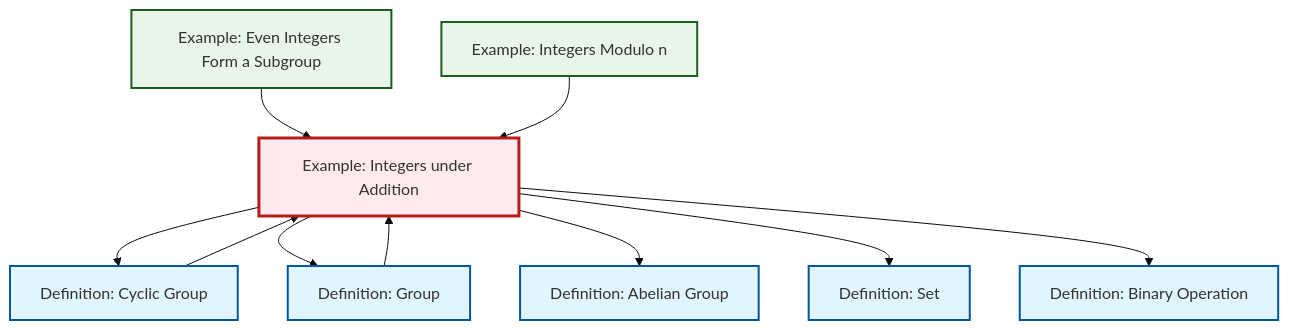
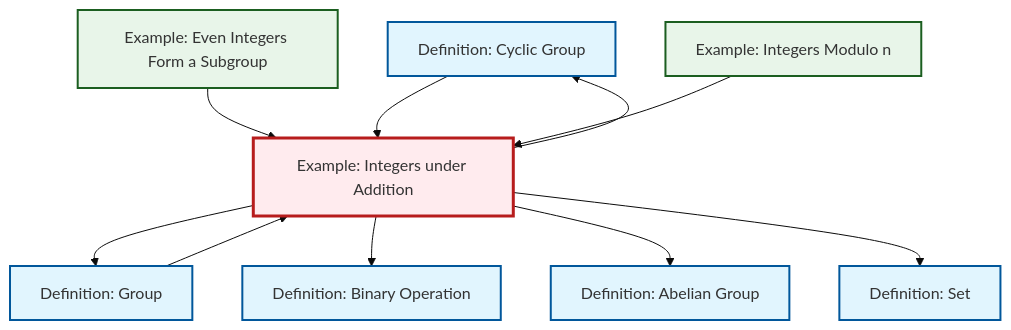
Before and after one commit to RK0429/ModernMath: the diagram in content/en/algebra/ex-integers-addition.qmd, drawn with Mermaid (base theme). The commit also changed other lines of this file and 531 other files, not shown here.

````diff
--- a/content/en/algebra/ex-integers-addition.qmd
+++ b/content/en/algebra/ex-integers-addition.qmd
@@ -73,34 +73,34 @@
 ```{mermaid}
 %%| fig-cap: "Local dependency graph"
 graph TD
     classDef definition fill:#e1f5fe,stroke:#01579b,stroke-width:2px
     classDef theorem fill:#f3e5f5,stroke:#4a148c,stroke-width:2px
     classDef axiom fill:#fff3e0,stroke:#e65100,stroke-width:2px
     classDef example fill:#e8f5e9,stroke:#1b5e20,stroke-width:2px
     classDef current fill:#ffebee,stroke:#b71c1c,stroke-width:3px
+    def-abelian-group["Definition: Abelian Group"]:::definition
+    def-cyclic-group["Definition: Cyclic Group"]:::definition
+    def-set["Definition: Set"]:::definition
+    def-group["Definition: Group"]:::definition
     ex-quotient-integers-mod-n["Example: Integers Modulo n"]:::example
-    def-set["Definition: Set"]:::definition
-    def-cyclic-group["Definition: Cyclic Group"]:::definition
+    ex-integers-addition["Example: Integers under Addition"]:::example
+    ex-even-integers-subgroup["Example: Even Integers Form a Subgroup"]:::example
     def-binary-operation["Definition: Binary Operation"]:::definition
-    def-group["Definition: Group"]:::definition
-    ex-integers-addition["Example: Integers under Addition"]:::example
-    def-abelian-group["Definition: Abelian Group"]:::definition
-    ex-even-integers-subgroup["Example: Even Integers Form a Subgroup"]:::example
-    ex-integers-addition --> def-cyclic-group
+    ex-even-integers-subgroup --> ex-integers-addition
     ex-integers-addition --> def-group
-    ex-integers-addition --> def-abelian-group
-    def-cyclic-group --> ex-integers-addition
-    ex-integers-addition --> def-set
-    ex-even-integers-subgroup --> ex-integers-addition
     ex-integers-addition --> def-binary-operation
     def-group --> ex-integers-addition
+    ex-integers-addition --> def-cyclic-group
+    ex-integers-addition --> def-abelian-group
+    ex-integers-addition --> def-set
+    def-cyclic-group --> ex-integers-addition
     ex-quotient-integers-mod-n --> ex-integers-addition
     class ex-integers-addition current
+    click def-abelian-group "def-abelian-group.html" "Go to Abelian Group definition"
+    click def-cyclic-group "def-cyclic-group.html" "Go to Cyclic Group definition"
+    click def-set "def-set.html" "Go to Set definition"
+    click def-group "def-group.html" "Go to Group definition"
     click ex-quotient-integers-mod-n "ex-quotient-integers-mod-n.html" "Go to Integers Modulo n example"
-    click def-set "def-set.html" "Go to Set definition"
-    click def-cyclic-group "def-cyclic-group.html" "Go to Cyclic Group definition"
+    click ex-even-integers-subgroup "ex-even-integers-subgroup.html" "Go to Even Integers Form a Subgroup example"
     click def-binary-operation "def-binary-operation.html" "Go to Binary Operation definition"
-    click def-group "def-group.html" "Go to Group definition"
-    click def-abelian-group "def-abelian-group.html" "Go to Abelian Group definition"
-    click ex-even-integers-subgroup "ex-even-integers-subgroup.html" "Go to Even Integers Form a Subgroup example"
 ```
````
